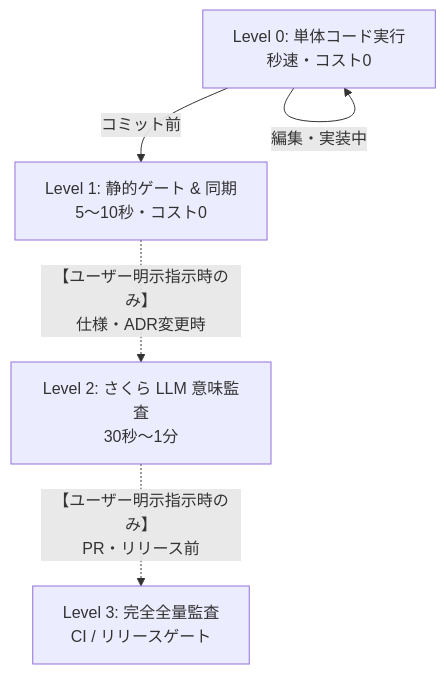
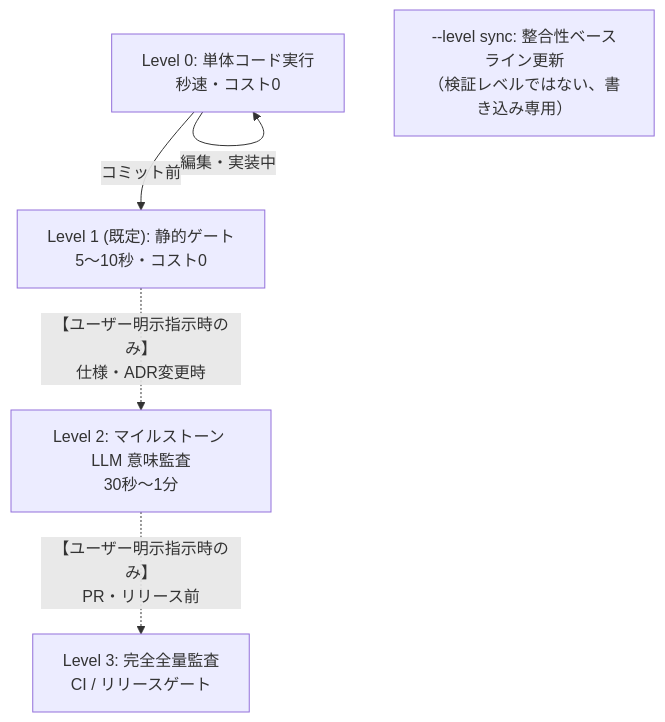
One commit to kmt-t/fireball changed the diagram in .agents/skills/document-validation/SKILL.md. Above: the diagram before and after it, drawn with Mermaid. The commit also changed other lines of this file and 29 other files, not shown here.

````diff
--- a/.agents/skills/document-validation/SKILL.md
+++ b/.agents/skills/document-validation/SKILL.md
@@ -19,7 +19,8 @@
 ```mermaid
 graph TD
     L0[Level 0: 単体コード実行<br/>秒速・コスト0] -->|編集・実装中| L0
-    L0 -->|コミット前| L1[Level 1: 静的ゲート & 同期<br/>5〜10秒・コスト0]
-    L1 -.->|【ユーザー明示指示時のみ】<br/>仕様・ADR変更時| L2[Level 2: さくら LLM 意味監査<br/>30秒〜1分]
+    L0 -->|コミット前| L1["Level 1 (既定): 静的ゲート<br/>5〜10秒・コスト0"]
+    L1 -.->|【ユーザー明示指示時のみ】<br/>仕様・ADR変更時| L2[Level 2: マイルストーン LLM 意味監査<br/>30秒〜1分]
     L2 -.->|【ユーザー明示指示時のみ】<br/>PR・リリース前| L3[Level 3: 完全全量監査<br/>CI / リリースゲート]
+    Sync["--level sync: 整合性ベースライン更新<br/>（検証レベルではない、書き込み専用）"]
 ```
````
